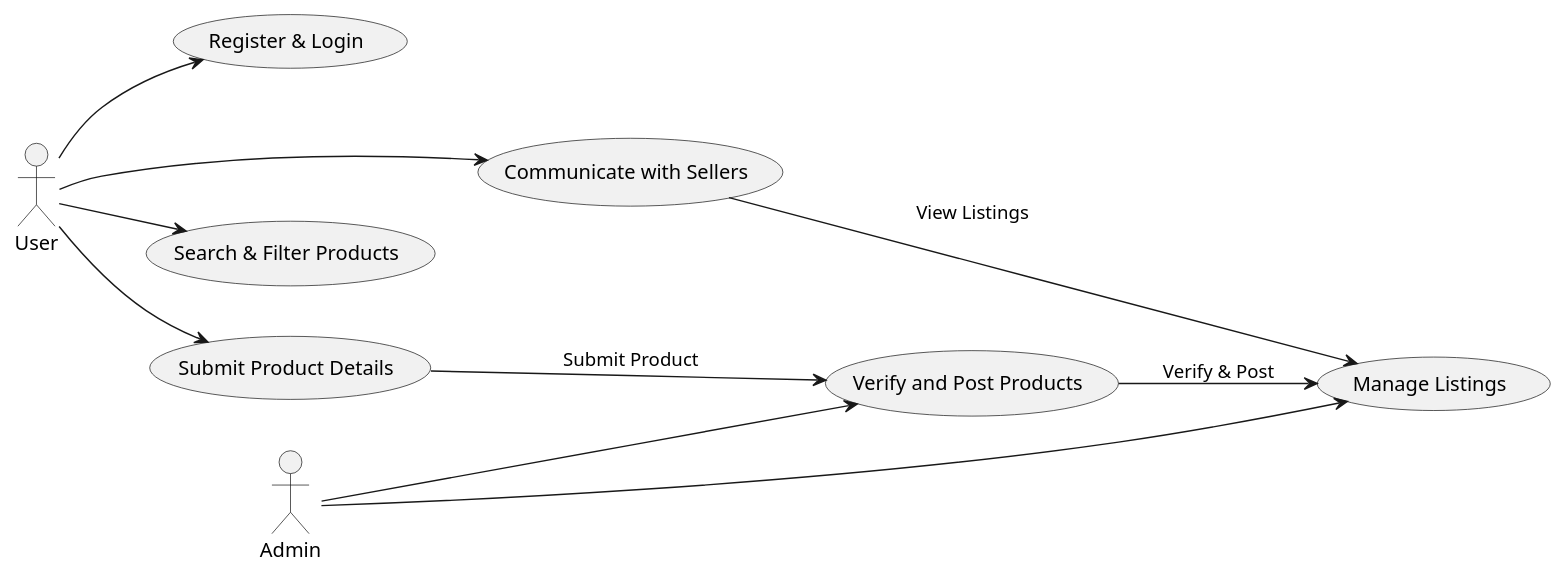
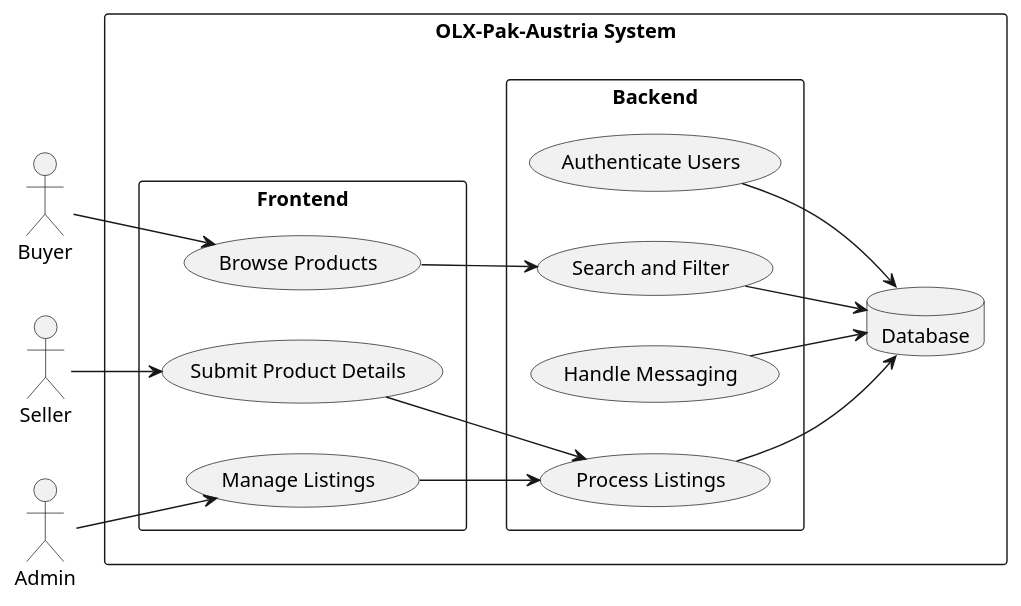
One commit to Abuzar-Khan2023/OLX-PAFIAST changed the diagram in Documentation/UseCase.puml. Above: the diagram before and after it, drawn with PlantUML. The commit also changed 2 other files, not shown here.

Commit message:
Diagrams addition

```diff
--- a/Documentation/UseCase.puml
+++ b/Documentation/UseCase.puml
@@ -1,26 +1,37 @@
 @startuml   
+left to right direction
 
-left to right direction
-actor "User" as U
-actor "Admin" as A
+actor "Buyer" as Buyer
+actor "Seller" as Seller
+actor "Admin" as Admin
 
-usecase "Register & Login" as UC1
-usecase "Submit Product Details" as UC2
-usecase "Search & Filter Products" as UC3
-usecase "Communicate with Sellers" as UC4
-usecase "Verify and Post Products" as UC5
-usecase "Manage Listings" as UC6
+rectangle "OLX-Pak-Austria System" {
+    rectangle "Frontend" as Frontend {
+        usecase "Browse Products" as BrowseProducts
+        usecase "Submit Product Details" as SubmitProducts
+        usecase "Manage Listings" as ManageListings
+    }
+    
+    rectangle "Backend" as Backend {
+        usecase "Authenticate Users" as Authenticate
+        usecase "Process Listings" as ProcessListings
+        usecase "Handle Messaging" as HandleMessaging
+        usecase "Search and Filter" as SearchFilter
+    }
+    
+    database "Database" as DB
+}
 
-U --> UC1
-U --> UC2
-U --> UC3
-U --> UC4
+Buyer --> BrowseProducts
+Seller --> SubmitProducts
+Admin --> ManageListings
 
-A --> UC5
-A --> UC6
+BrowseProducts --> SearchFilter
+SubmitProducts --> ProcessListings
+ManageListings --> ProcessListings
 
-UC2 --> UC5 : "Submit Product"
-UC5 --> UC6 : "Verify & Post"
-UC4 --> UC6 : "View Listings"
-
+Authenticate --> DB
+ProcessListings --> DB
+SearchFilter --> DB
+HandleMessaging --> DB
 @enduml
```
